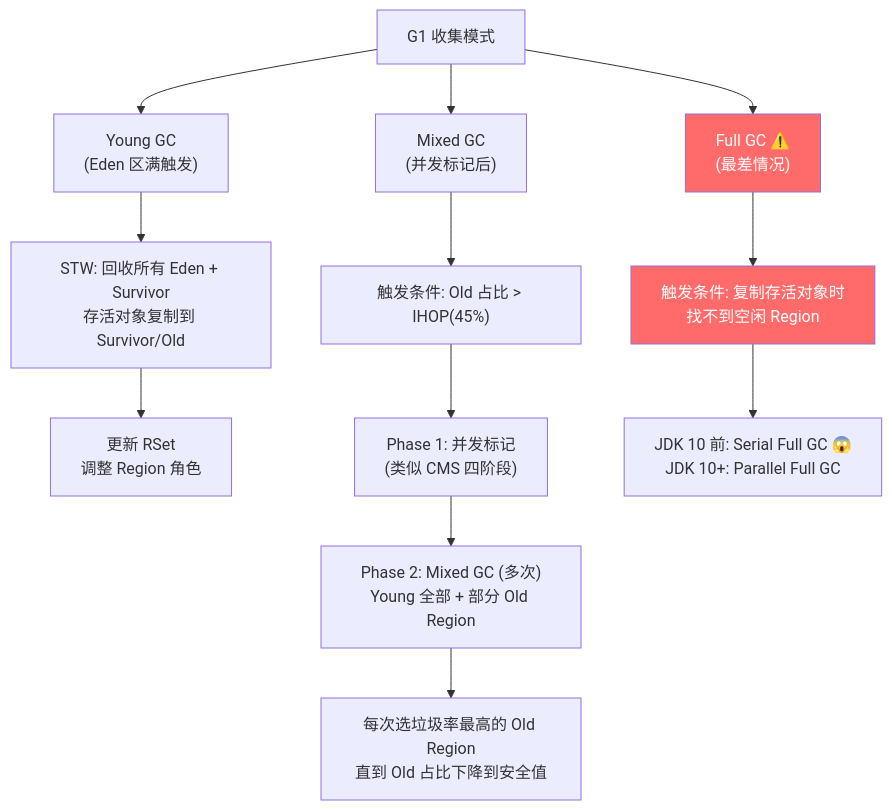
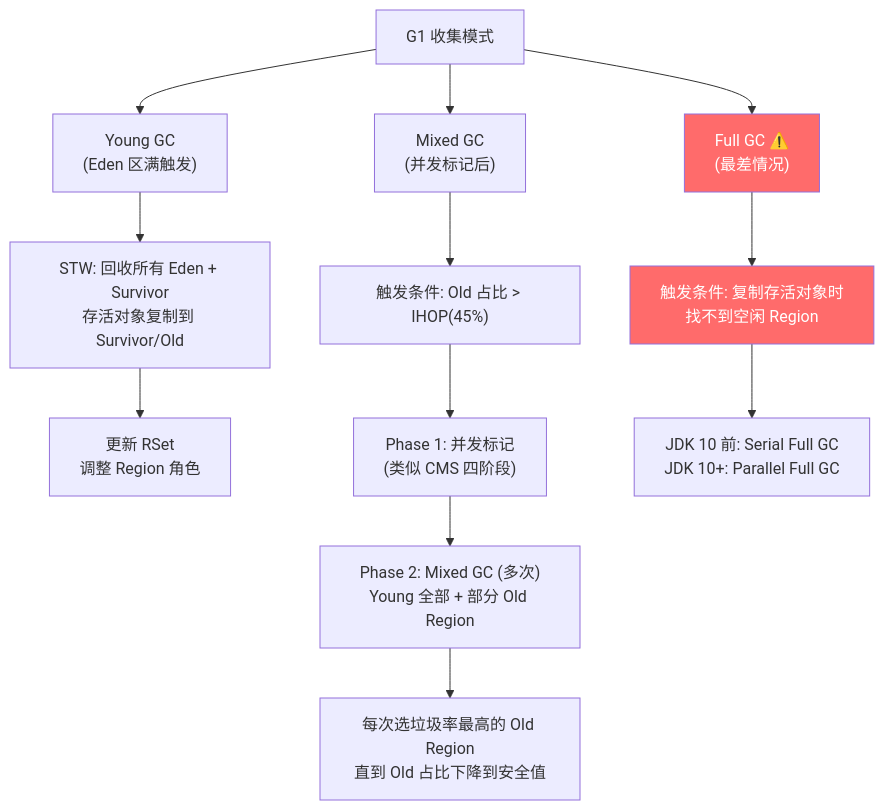
Diagram 12 of 34 in document/strengthen/性能调优面试总结_增强版.md (qigao0787-ops/gq-test), drawn with Mermaid before and after one commit. The commit also changed other lines of this file, not shown here.

````diff
--- a/document/strengthen/性能调优面试总结_增强版.md
+++ b/document/strengthen/性能调优面试总结_增强版.md
@@ -778,20 +875,20 @@
 ```mermaid
 flowchart TD
     A["G1 收集模式"] --> B["Young GC<br/>(Eden 区满触发)"]
     A --> C["Mixed GC<br/>(并发标记后)"]
     A --> D["Full GC ⚠️<br/>(最差情况)"]
 
     B --> B1["STW: 回收所有 Eden + Survivor<br/>存活对象复制到 Survivor/Old"]
     B1 --> B2["更新 RSet<br/>调整 Region 角色"]
 
     C --> C0["触发条件: Old 占比 > IHOP(45%)"]
     C0 --> C1["Phase 1: 并发标记<br/>(类似 CMS 四阶段)"]
     C1 --> C2["Phase 2: Mixed GC (多次)<br/>Young 全部 + 部分 Old Region"]
     C2 --> C3["每次选垃圾率最高的 Old Region<br/>直到 Old 占比下降到安全值"]
 
     D --> D1["触发条件: 复制存活对象时<br/>找不到空闲 Region"]
-    D1 --> D2["JDK 10 前: Serial Full GC 😱<br/>JDK 10+: Parallel Full GC"]
+    D1 --> D2["JDK 10 前: Serial Full GC<br/>JDK 10+: Parallel Full GC"]
 
     style D fill:#ff6b6b,color:#fff
     style D1 fill:#ff6b6b,color:#fff
 ```
````
